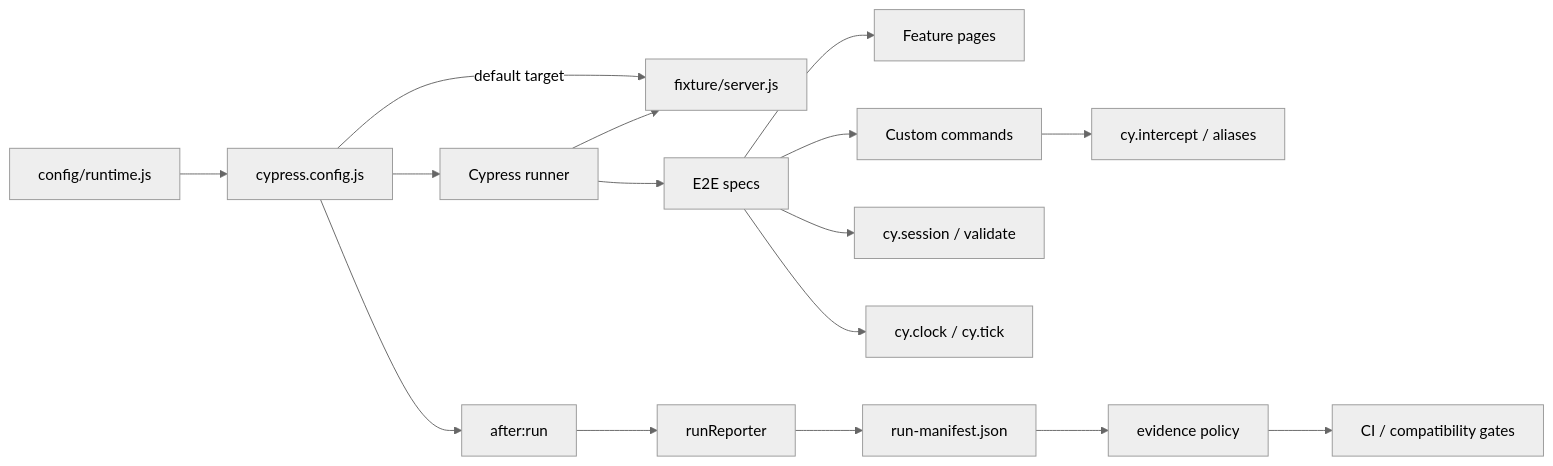
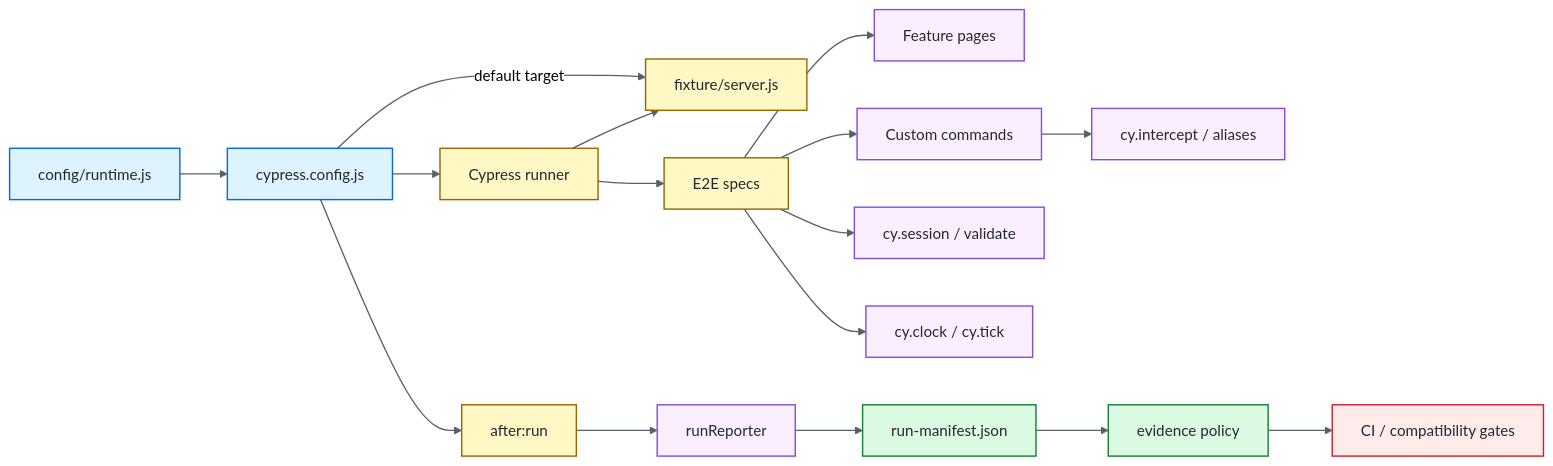
The diagram in docs/ARCHITECTURE.md (portyu9/qa-automation-ui-cypress), drawn with Mermaid (neutral theme) before and after one commit. The commit also changed other lines of this file, not shown here.

Commit message:
docs: color-code Cypress architecture diagram

````diff
--- a/docs/ARCHITECTURE.md
+++ b/docs/ARCHITECTURE.md
@@ -7,18 +7,30 @@
 ```mermaid
 flowchart LR
     CFG[config/runtime.js] --> CC[cypress.config.js]
     CC --> CY[Cypress runner]
     CC -->|default target| FX[fixture/server.js]
     CY --> SPEC[E2E specs]
     SPEC --> PAGE[Feature pages]
     SPEC --> CMD[Custom commands]
     CMD --> INT[cy.intercept / aliases]
     SPEC --> SESSION[cy.session / validate]
     SPEC --> CLOCK[cy.clock / cy.tick]
     CY --> FX
     CC --> RUN[after:run]
     RUN --> REP[runReporter]
     REP --> MAN[run-manifest.json]
     MAN --> EV[evidence policy]
     EV --> GATE[CI / compatibility gates]
+
+    classDef entry fill:#DDF4FF,stroke:#0969DA,color:#24292F,stroke-width:1.5px;
+    classDef policy fill:#FBEFFF,stroke:#8250DF,color:#24292F,stroke-width:1.5px;
+    classDef runtime fill:#FFF8C5,stroke:#9A6700,color:#24292F,stroke-width:1.5px;
+    classDef evidence fill:#DAFBE1,stroke:#1A7F37,color:#24292F,stroke-width:1.5px;
+    classDef gate fill:#FFEBE9,stroke:#CF222E,color:#24292F,stroke-width:1.5px;
+    class CFG,CC entry;
+    class PAGE,CMD,INT,SESSION,CLOCK,REP policy;
+    class CY,SPEC,FX,RUN runtime;
+    class MAN,EV evidence;
+    class GATE gate;
+    linkStyle default stroke:#57606A,stroke-width:1.4px;
 ```
````
